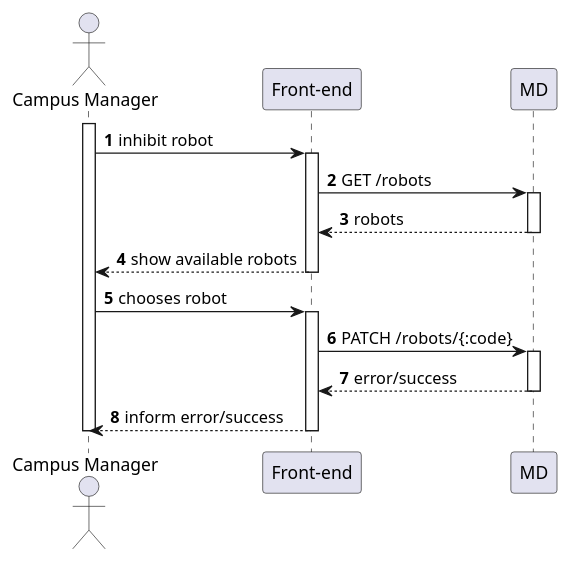
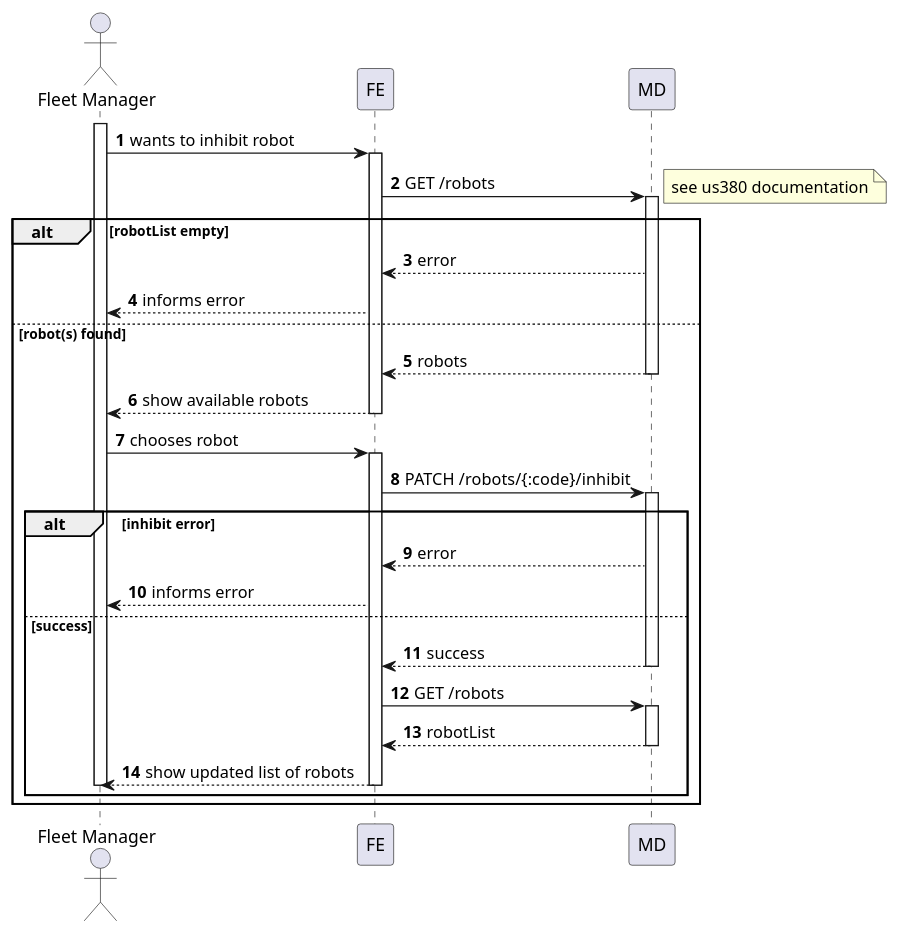
The diagram in docs/us1020/level2/process-view.puml (Departamento-de-Engenharia-Informatica/lapr5-23-24-g19), drawn with PlantUML before and after one commit. The commit also changed 5 other files, not shown here.

```diff
--- a/docs/us1020/level2/process-view.puml
+++ b/docs/us1020/level2/process-view.puml
@@ -1,31 +1,52 @@
 @startuml
 autonumber
 
-actor "Campus Manager" as usr
+actor "Fleet Manager" as usr
 
-participant "Front-end" as ui
+participant "FE" as ui
 participant "MD" as md
 
 activate usr
-    usr -> ui : inhibit robot
+    usr -> ui : wants to inhibit robot
     activate ui
         ui -> md : GET /robots
+        note right : see us380 documentation
         activate md
+        alt robotList empty
+
+        md --> ui:  error
+        ui --> usr: informs error
+
+        else robot(s) found
+
+
             md --> ui : robots
         deactivate md
 
         ui --> usr : show available robots
     deactivate ui
 
     usr -> ui : chooses robot
     activate ui
-        ui -> md : PATCH /robots/{:code}
+        ui -> md : PATCH /robots/{:code}/inhibit
+
         activate md
-            md --> ui : error/success
+
+        alt inhibit error
+            md --> ui: error
+            ui --> usr: informs error
+
+        else success
+            md --> ui : success
+        deactivate md
+            ui -> md : GET /robots
+            activate md
+            md --> ui: robotList
         deactivate md
 
-        ui --> usr : inform error/success
+        ui --> usr : show updated list of robots
     deactivate ui
 deactivate usr
-
+end
+end
 @enduml
```
